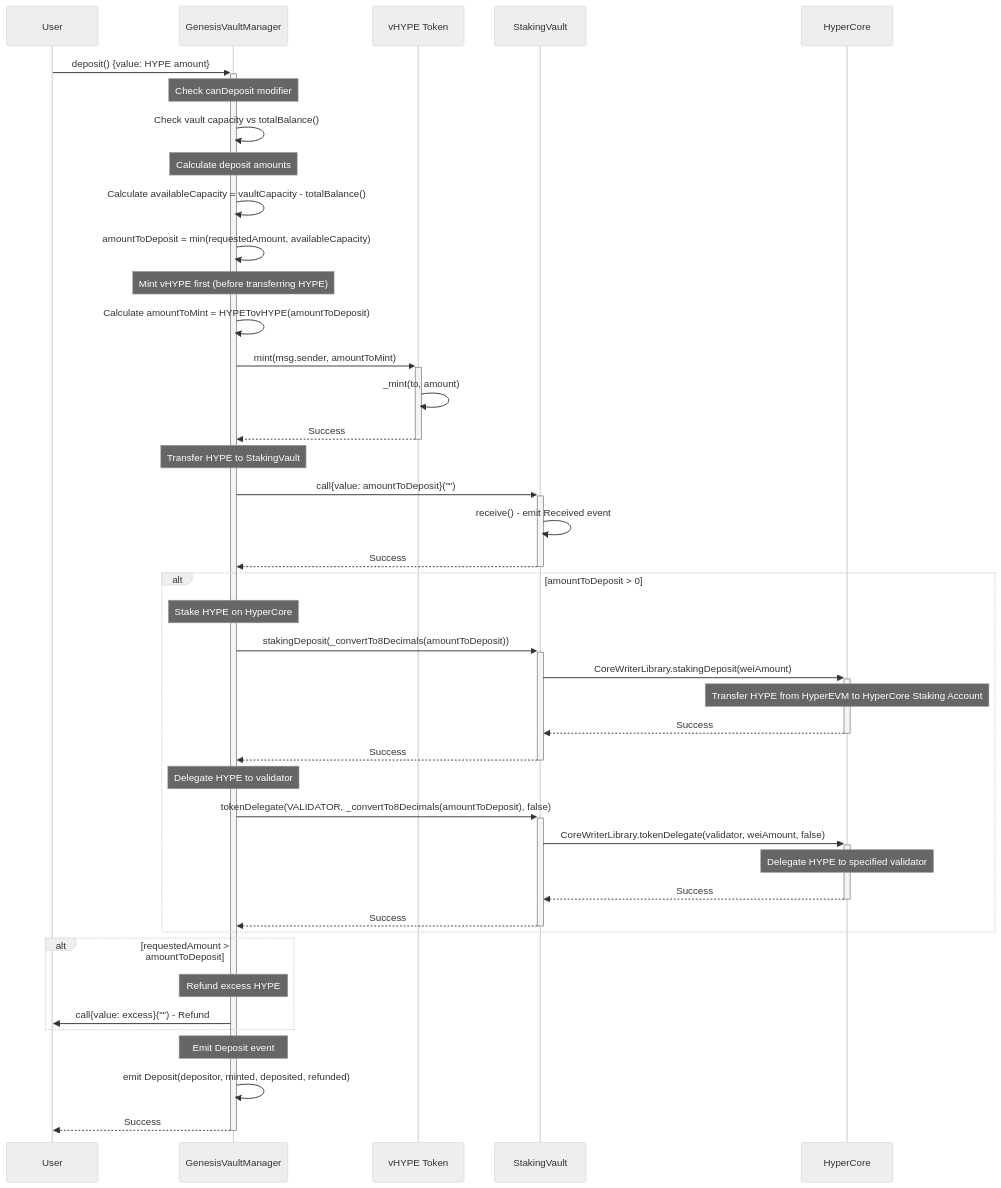
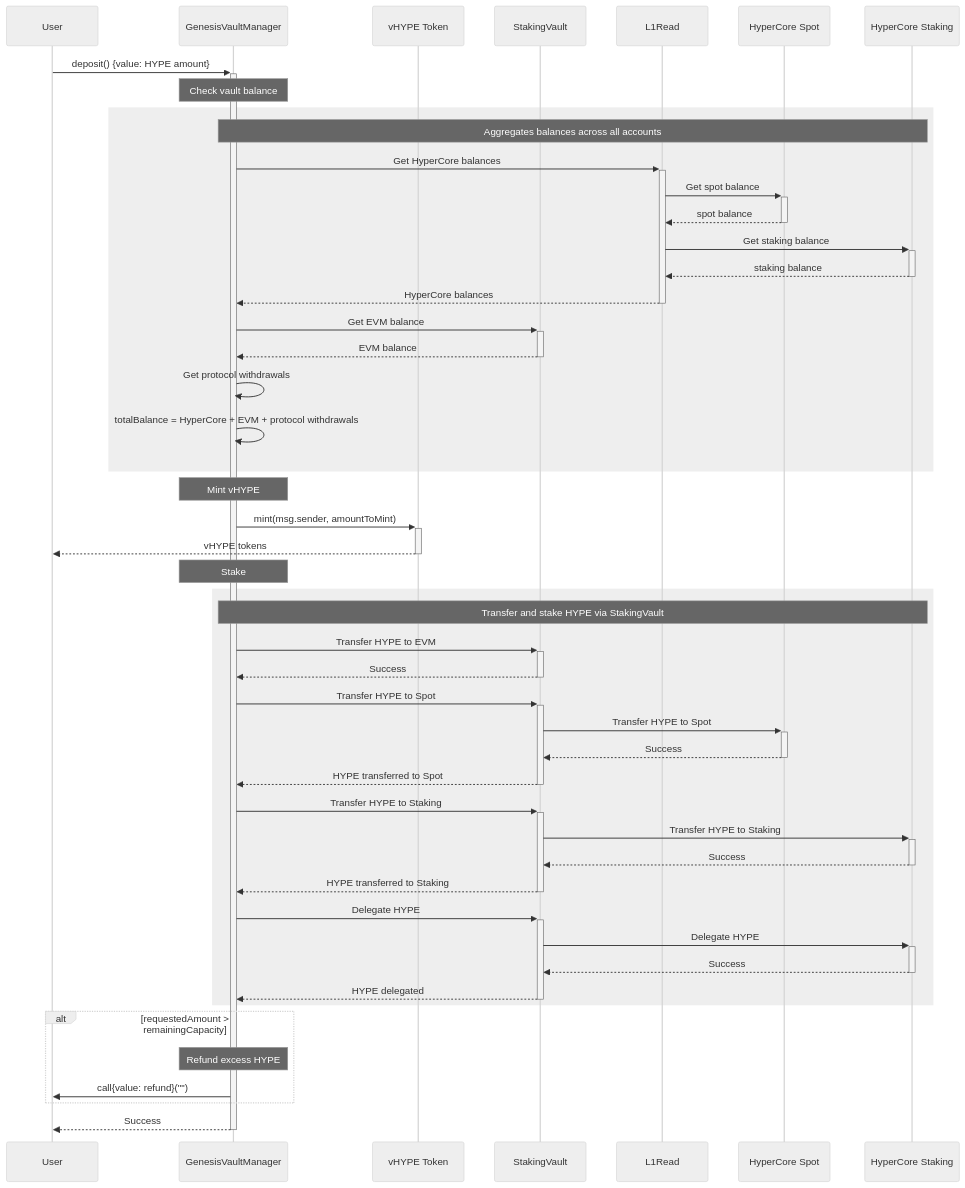
Before and after one commit to ventuals/ventuals-contracts: the diagram in ARCHITECTURE.md, drawn with Mermaid (neutral theme).

````diff
--- a/ARCHITECTURE.md
+++ b/ARCHITECTURE.md
@@ -7,54 +7,62 @@
 ```mermaid
 sequenceDiagram
     participant User
     participant GVM as GenesisVaultManager
     participant vHYPE as vHYPE Token
     participant SV as StakingVault
-    participant HC as HyperCore
+    participant L1R as L1Read
+    participant HCSP as HyperCore Spot
+    participant HCST as HyperCore Staking
 
     User->>+GVM: deposit() {value: HYPE amount}
 
-    Note over GVM: Check canDeposit modifier
-    GVM->>GVM: Check vault capacity vs totalBalance()
+    Note over GVM: Check vault balance
 
-    Note over GVM: Calculate deposit amounts
-    GVM->>GVM: Calculate availableCapacity = vaultCapacity - totalBalance()
-    GVM->>GVM: amountToDeposit = min(requestedAmount, availableCapacity)
+    rect
+        Note over GVM,HCST: Aggregates balances across all accounts
 
-    Note over GVM: Mint vHYPE first (before transferring HYPE)
-    GVM->>GVM: Calculate amountToMint = HYPETovHYPE(amountToDeposit)
-    GVM->>+vHYPE: mint(msg.sender, amountToMint)
-    vHYPE->>vHYPE: _mint(to, amount)
-    vHYPE-->>-GVM: Success
-
-    Note over GVM: Transfer HYPE to StakingVault
-    GVM->>+SV: call{value: amountToDeposit}("")
-    SV->>SV: receive() - emit Received event
-    SV-->>-GVM: Success
-
-    alt amountToDeposit > 0
-        Note over GVM: Stake HYPE on HyperCore
-        GVM->>+SV: stakingDeposit(_convertTo8Decimals(amountToDeposit))
-        SV->>+HC: CoreWriterLibrary.stakingDeposit(weiAmount)
-        Note over HC: Transfer HYPE from HyperEVM to HyperCore Staking Account
-        HC-->>-SV: Success
-        SV-->>-GVM: Success
-
-        Note over GVM: Delegate HYPE to validator
-        GVM->>+SV: tokenDelegate(VALIDATOR, _convertTo8Decimals(amountToDeposit), false)
-        SV->>+HC: CoreWriterLibrary.tokenDelegate(validator, weiAmount, false)
-        Note over HC: Delegate HYPE to specified validator
-        HC-->>-SV: Success
-        SV-->>-GVM: Success
+        GVM->>+L1R: Get HyperCore balances
+        L1R->>+HCSP: Get spot balance
+        HCSP-->>-L1R: spot balance
+        L1R->>+HCST: Get staking balance
+        HCST-->>-L1R: staking balance
+        L1R-->>-GVM: HyperCore balances
+        GVM->>+SV: Get EVM balance
+        SV-->>-GVM: EVM balance
+        GVM->>GVM: Get protocol withdrawals
+        GVM->>GVM: totalBalance = HyperCore + EVM + protocol withdrawals
     end
 
-    alt requestedAmount > amountToDeposit
-        Note over GVM: Refund excess HYPE
-        GVM->>User: call{value: excess}("") - Refund
+    Note over GVM: Mint vHYPE
+    GVM->>+vHYPE: mint(msg.sender, amountToMint)
+    vHYPE-->>-User: vHYPE tokens
+
+    Note over GVM: Stake
+
+    rect
+        Note over GVM,HCST: Transfer and stake HYPE via StakingVault
+        GVM->>+SV: Transfer HYPE to EVM
+        SV-->>-GVM: Success
+        GVM->>+SV: Transfer HYPE to Spot
+        SV->>+HCSP: Transfer HYPE to Spot
+        HCSP-->>-SV: Success
+        SV-->>-GVM: HYPE transferred to Spot
+
+        GVM->>+SV: Transfer HYPE to Staking
+        SV->>+HCST: Transfer HYPE to Staking
+        HCST-->>-SV: Success
+        SV-->>-GVM: HYPE transferred to Staking
+
+        GVM->>+SV: Delegate HYPE
+        SV->>+HCST: Delegate HYPE
+        HCST-->>-SV: Success
+        SV-->>-GVM: HYPE delegated
     end
 
-    Note over GVM: Emit Deposit event
-    GVM->>GVM: emit Deposit(depositor, minted, deposited, refunded)
+    alt requestedAmount > remainingCapacity
+        Note over GVM: Refund excess HYPE
+        GVM->>User: call{value: refund}("")
+    end
 
     GVM-->>-User: Success
 ```
````
